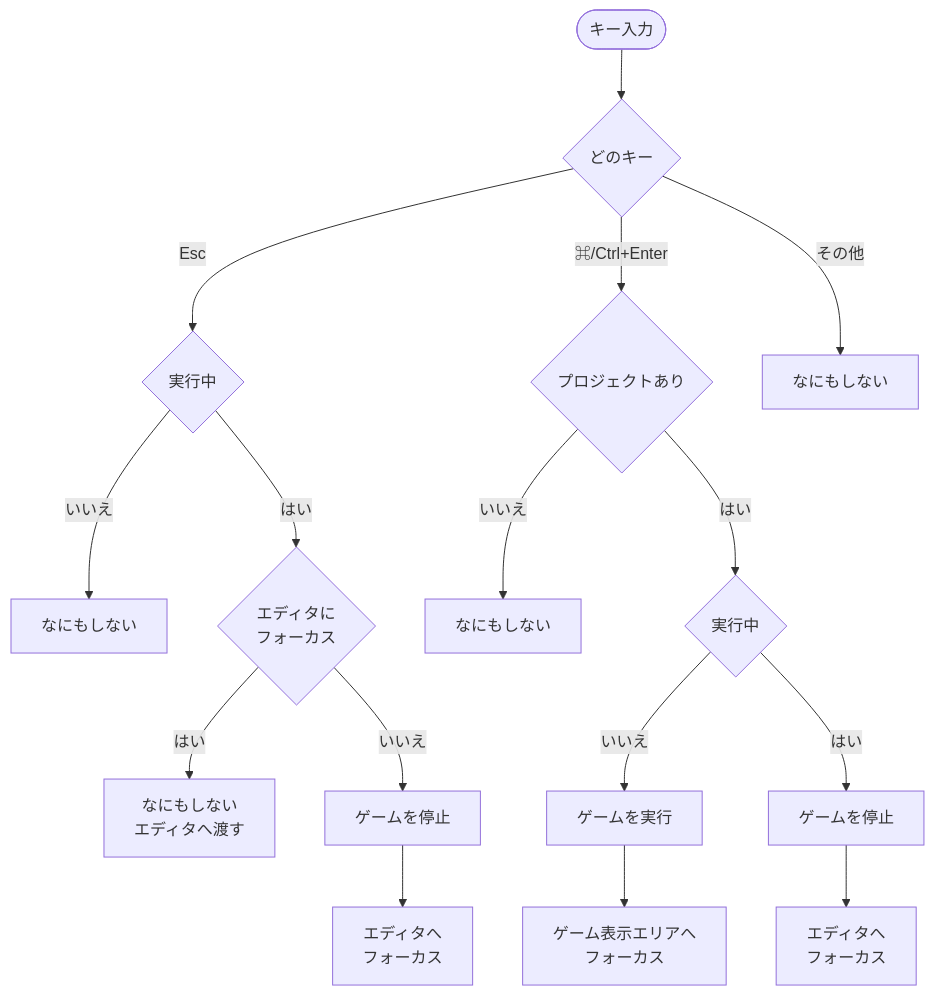
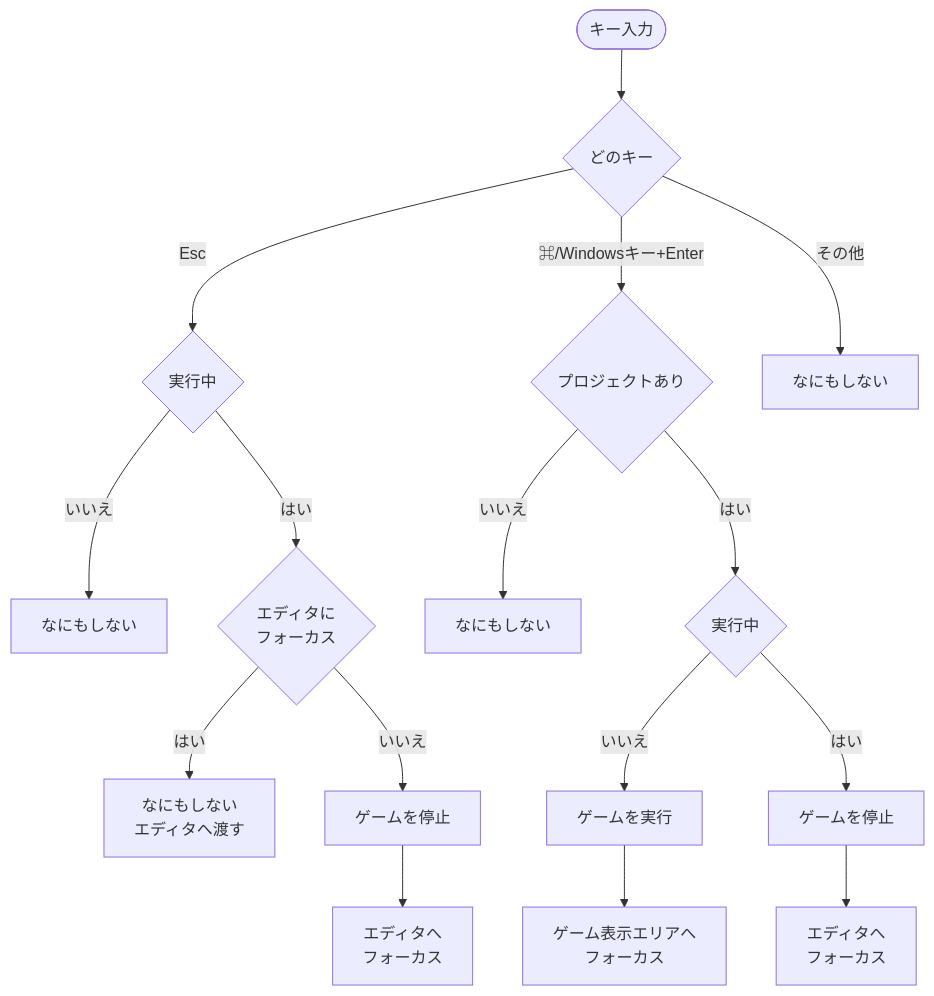
Diagram 23 of 38 in docs/specification.md (digitarhythm/arcadeer), drawn with Mermaid before and after one commit. The commit also changed other lines of this file and 3 other files, not shown here.

First line of the commit message:
fix: 実行・停止のトグルを ⌘/Windowsキー+Enter にする

````diff
--- a/docs/specification.md
+++ b/docs/specification.md
@@ -1655,18 +1659,18 @@
 ```mermaid
 flowchart TB
     Key([キー入力]) --> Which{どのキー}
     Which -- "Esc" --> Running{実行中}
     Running -- いいえ --> Pass[なにもしない]
     Running -- はい --> Focus{エディタに<br/>フォーカス}
     Focus -- はい --> Pass2[なにもしない<br/>エディタへ渡す]
     Focus -- いいえ --> Stop[ゲームを停止]
     Stop --> FocusE[エディタへ<br/>フォーカス]
-    Which -- "⌘/Ctrl+Enter" --> Opened{プロジェクトあり}
+    Which -- "⌘/Windowsキー+Enter" --> Opened{プロジェクトあり}
     Opened -- いいえ --> Pass3[なにもしない]
     Opened -- はい --> Playing{実行中}
     Playing -- いいえ --> Run[ゲームを実行]
     Run --> FocusG[ゲーム表示エリアへ<br/>フォーカス]
     Playing -- はい --> Stop2[ゲームを停止]
     Stop2 --> FocusE2[エディタへ<br/>フォーカス]
     Which -- その他 --> Pass4[なにもしない]
 ```
````
